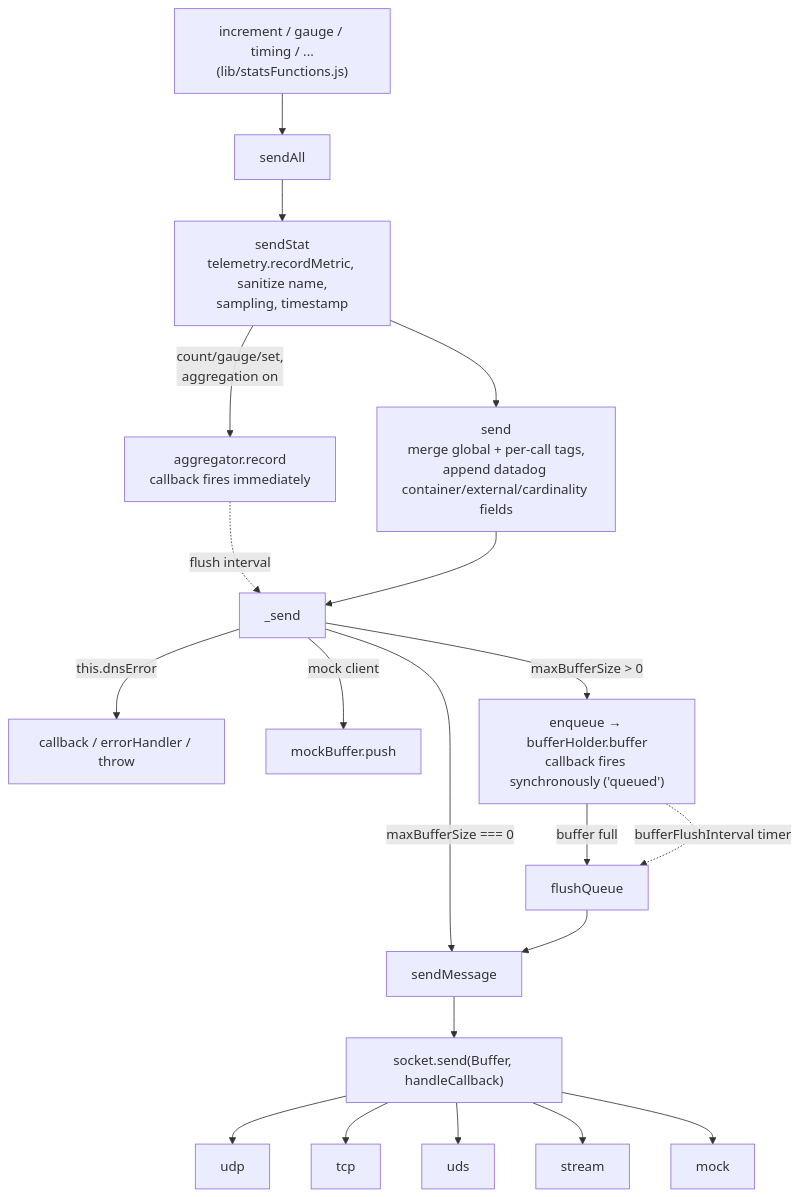
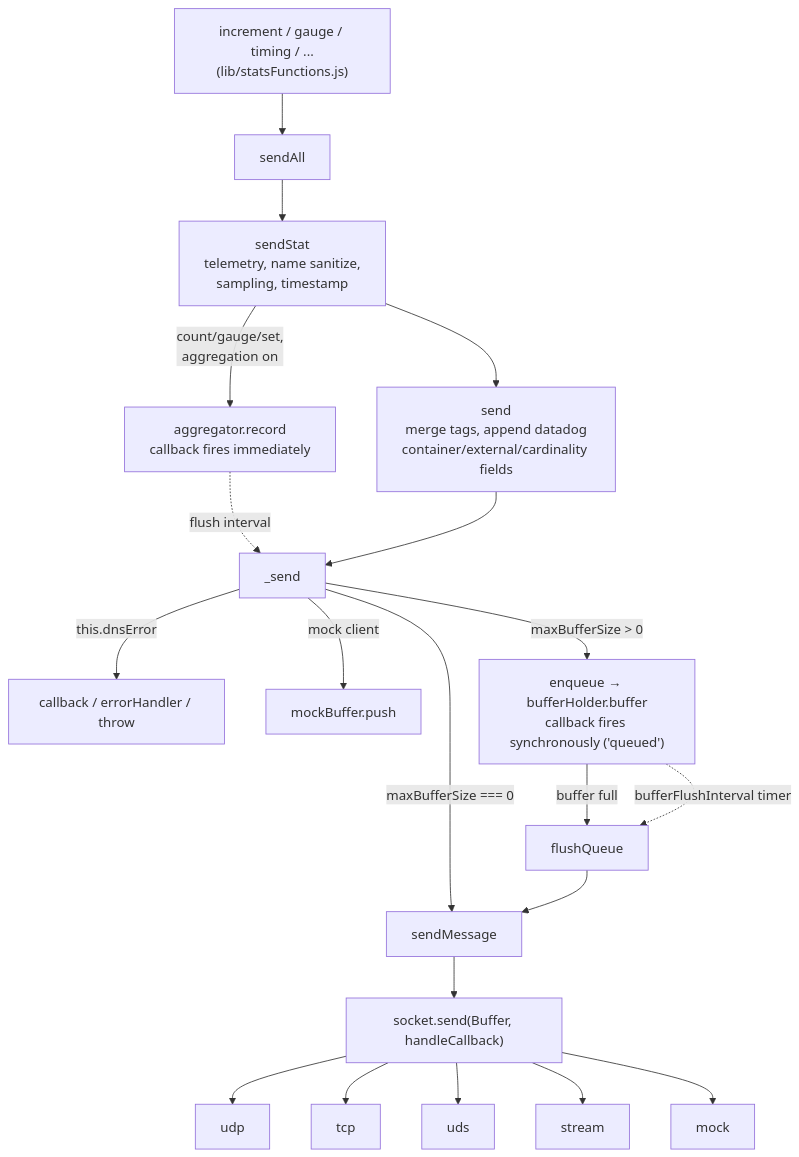
One commit to bdeitte/hot-shots changed the first of 8 diagrams in NETWORKING.md. Above: the diagram before and after it, drawn with Mermaid. The commit also changed other lines of this file, not shown here.

Commit message:
Simplify NETWORKING.md to focus on diagrams and higher-level summaries

````diff
--- a/NETWORKING.md
+++ b/NETWORKING.md
@@ -23,22 +22,22 @@
 ```mermaid
 flowchart TD
     A["increment / gauge / timing / ...<br/>(lib/statsFunctions.js)"] --> B["sendAll"]
-    B --> C["sendStat<br/>telemetry.recordMetric, sanitize name,<br/>sampling, timestamp"]
+    B --> C["sendStat<br/>telemetry, name sanitize,<br/>sampling, timestamp"]
     C -->|"count/gauge/set,<br/>aggregation on"| AGG["aggregator.record<br/>callback fires immediately"]
     AGG -.->|"flush interval"| E
-    C --> D["send<br/>merge global + per-call tags,<br/>append datadog container/external/cardinality fields"]
+    C --> D["send<br/>merge tags, append datadog<br/>container/external/cardinality fields"]
     D --> E["_send"]
     E -->|"this.dnsError"| ERR1["callback / errorHandler / throw"]
     E -->|"mock client"| MB["mockBuffer.push"]
     E -->|"maxBufferSize === 0"| SM["sendMessage"]
     E -->|"maxBufferSize > 0"| Q["enqueue → bufferHolder.buffer<br/>callback fires synchronously ('queued')"]
     Q -->|"buffer full"| FQ["flushQueue"]
     Q -.->|"bufferFlushInterval timer"| FQ
     FQ --> SM
     SM --> T["socket.send(Buffer, handleCallback)"]
     T --> UDP["udp"]
     T --> TCP["tcp"]
     T --> UDS["uds"]
     T --> STR["stream"]
     T --> MOCK["mock"]
 ```
````
